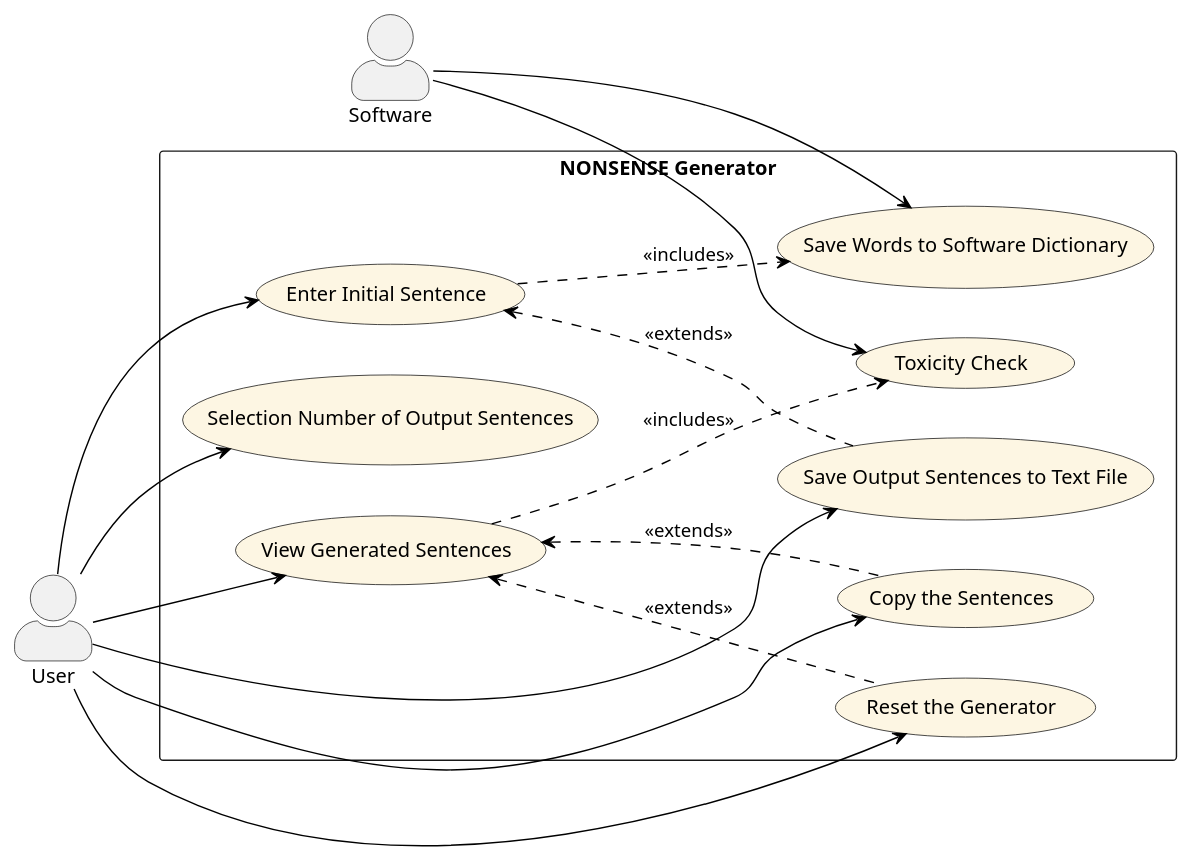
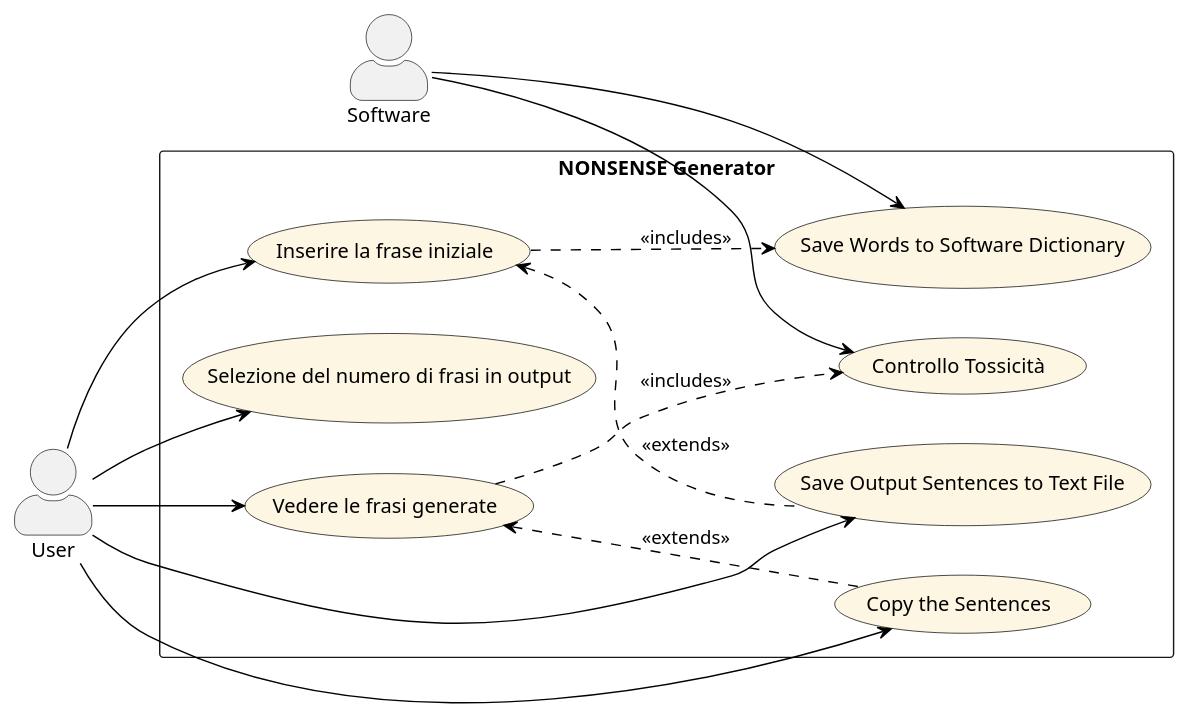
Before and after one commit to TognonGiac/nonsensegenerator: the diagram in docs/resources/Use_Cases.md, drawn with PlantUML.

````diff
--- a/docs/resources/Use_Cases.md
+++ b/docs/resources/Use_Cases.md
@@ -303,54 +303,51 @@
 ```plantuml
 @startuml
 left to right direction
 skinparam actorStyle awesome
 skinparam usecase {
   BackgroundColor #fdf6e3
   BorderColor black
   ArrowColor black
 }
 
 ' Attori
 actor Software as S
 actor User as U
 
 ' Sistema
 rectangle "NONSENSE Generator" {
 
   ' Input
-  usecase UC1 as "Enter Initial Sentence"
-  usecase UC2 as "Selection Number of Output Sentences"
+  usecase UC1 as "Inserire la frase iniziale"
+  usecase UC2 as "Selezione del numero di frasi in output"
 
   ' Elaborazione
-  usecase UC3 as "View Generated Sentences"
-  usecase UC4 as "Toxicity Check"
+  usecase UC3 as "Vedere le frasi generate"
+  usecase UC4 as "Controllo Tossicità"
 
   ' Azioni post-output
-  usecase UC5 as "Reset the Generator"
-  usecase UC6 as "Copy the Sentences"
-  usecase UC7 as "Save Output Sentences to Text File"
+  usecase UC5 as "Copy the Sentences"
+  usecase UC6 as "Save Output Sentences to Text File"
 
   ' Automatico
-  usecase UC8 as "Save Words to Software Dictionary"
+  usecase UC7 as "Save Words to Software Dictionary"
 }
 
 ' === Associazioni User ===
 U --> UC1
 U --> UC2
 U --> UC3
 U --> UC5
 U --> UC6
-U --> UC7
 
 ' === Associazioni Software ===
 S --> UC4
-S --> UC8
+S --> UC7
 
 ' === Relazioni tra use cases ===
-UC1 -[dashed]-> UC8 : <<includes>>
+UC1 -[dashed]-> UC7 : <<includes>>
 UC3 -[dashed]-> UC4 : <<includes>>
-UC3 <-[dashed]- UC6 : <<extends>>
 UC3 <-[dashed]- UC5 : <<extends>>
-UC1 <-[dashed]- UC7 : <<extends>>
+UC1 <-[dashed]- UC6 : <<extends>>
 @enduml
 ```
````
